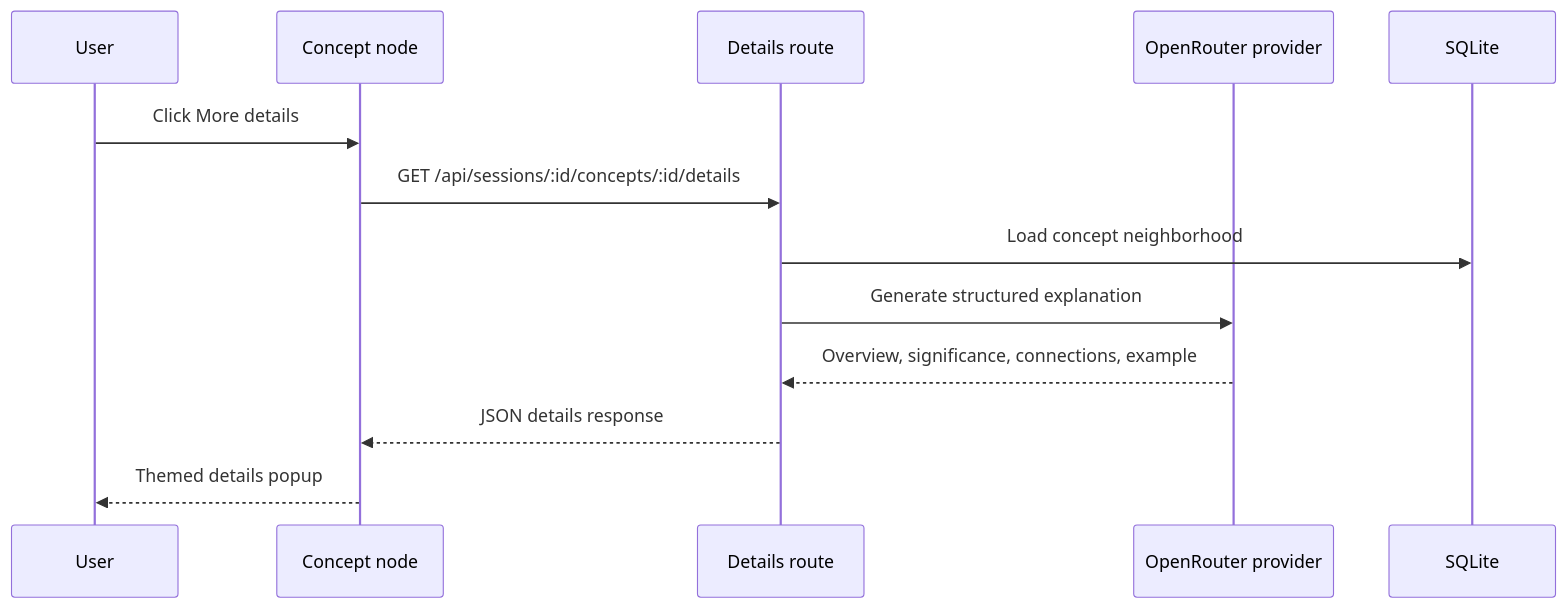
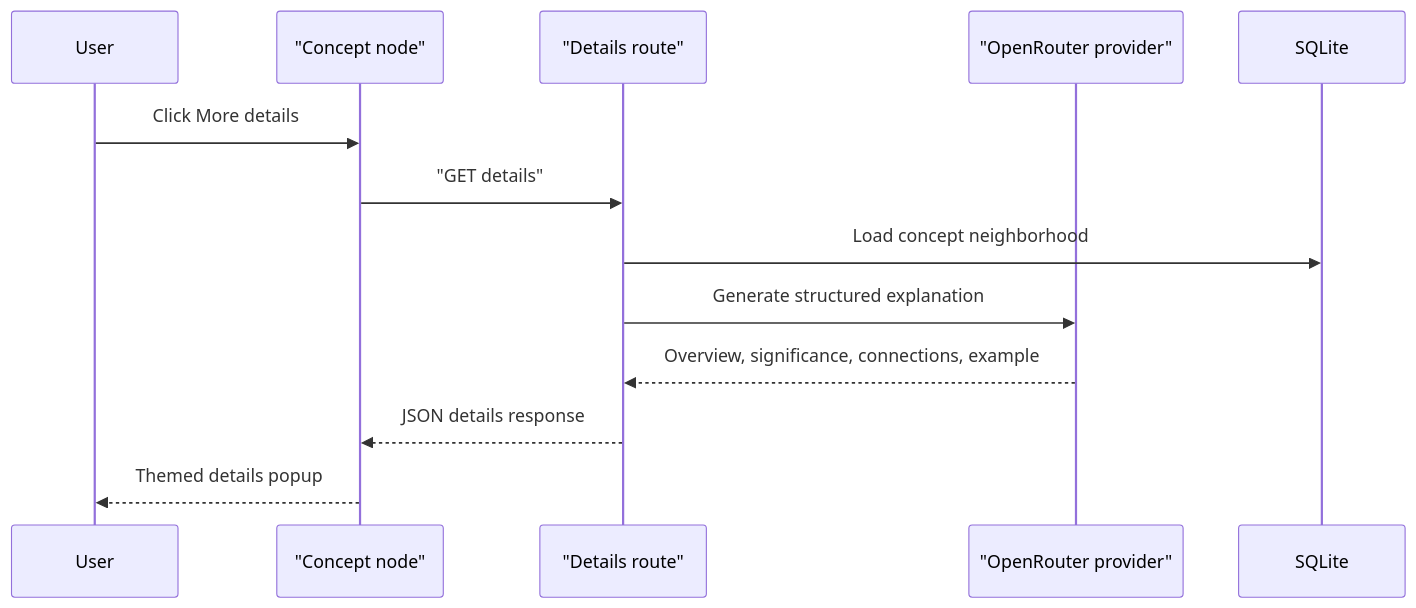
The fifth of 5 diagrams in ARCHITECTURE.md (swarnavacodes/synapse), drawn with Mermaid before and after one commit. The commit also changed other lines of this file, not shown here.

First line of the commit message:
fix: GitHub Mermaid rendering in ARCHITECTURE.md

````diff
--- a/ARCHITECTURE.md
+++ b/ARCHITECTURE.md
@@ -134,16 +134,16 @@
 ```mermaid
 sequenceDiagram
     participant U as User
-    participant N as Concept node
-    participant E as Details route
-    participant L as OpenRouter provider
+    participant N as "Concept node"
+    participant E as "Details route"
+    participant L as "OpenRouter provider"
     participant D as SQLite
 
     U->>N: Click More details
-    N->>E: GET /api/sessions/:id/concepts/:id/details
+    N->>E: "GET details"
     E->>D: Load concept neighborhood
     E->>L: Generate structured explanation
     L-->>E: Overview, significance, connections, example
     E-->>N: JSON details response
     N-->>U: Themed details popup
 ```
````
